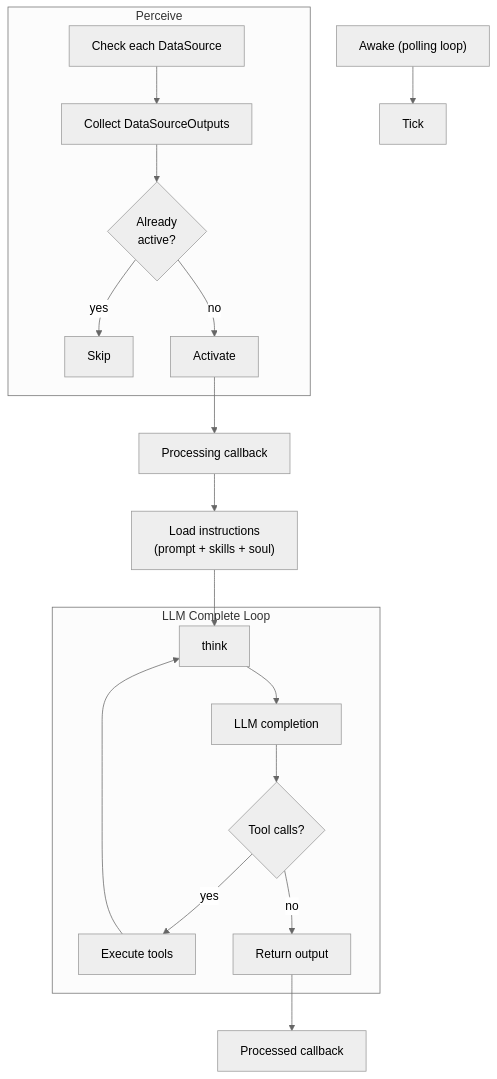
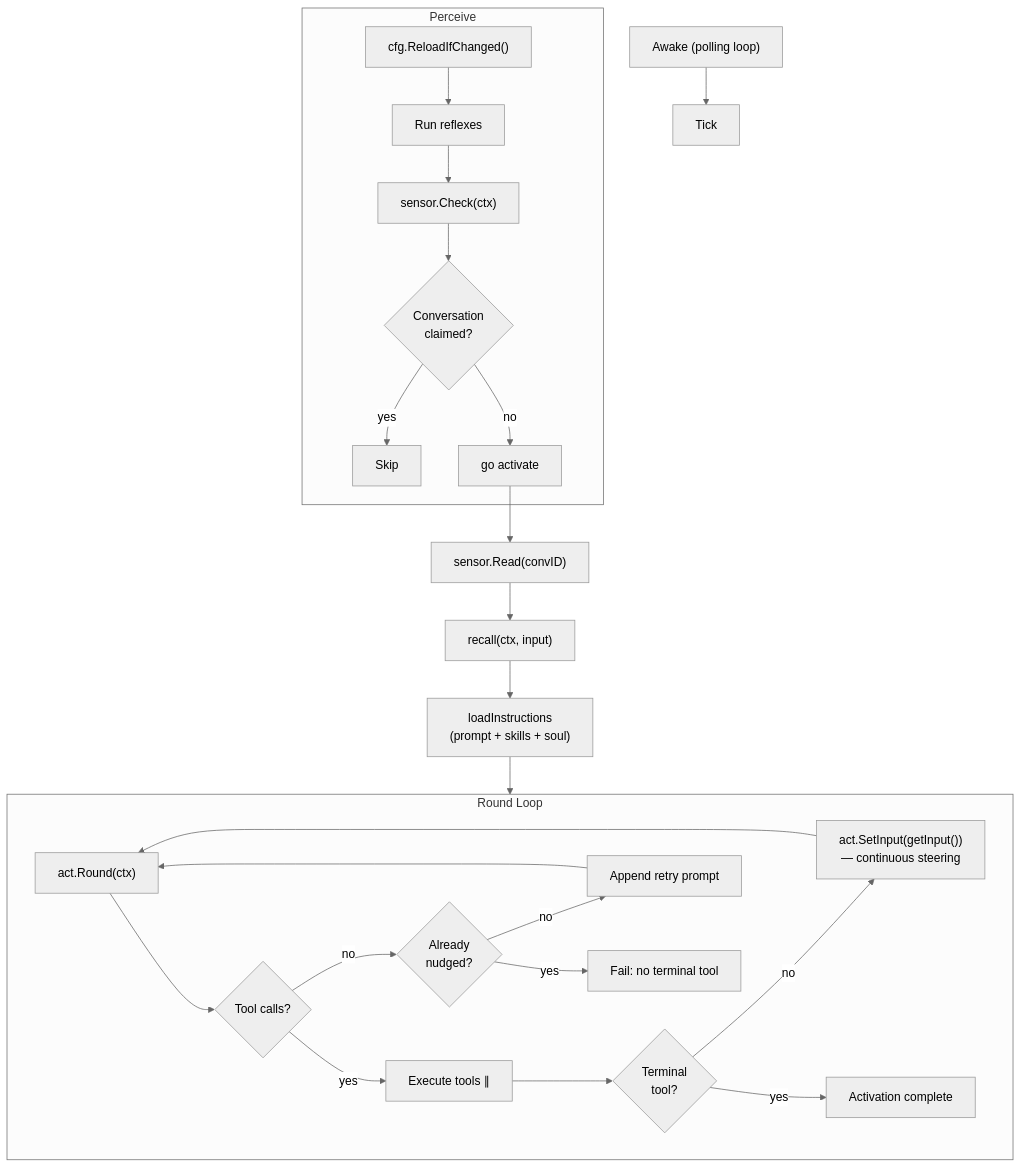
The first of 2 diagrams in README.md (kilianc/nik), drawn with Mermaid (neutral theme) before and after one commit. The commit also changed other lines of this file, not shown here.

First line of the commit message:
docs: revamp README to match current architecture

````diff
--- a/README.md
+++ b/README.md
@@ -39,25 +51,30 @@
 ```mermaid
 flowchart TD
     Awake["Awake (polling loop)"] --> Tick
 
     subgraph perceiveStep [Perceive]
-        CheckSources["Check each DataSource"] --> Outputs["Collect DataSourceOutputs"]
-        Outputs --> Dedup{"Already\nactive?"}
+        Reload["cfg.ReloadIfChanged()"] --> Reflexes["Run reflexes"]
+        Reflexes --> Check["sensor.Check(ctx)"]
+        Check --> Dedup{"Conversation\nclaimed?"}
         Dedup -- yes --> Skip[Skip]
-        Dedup -- no --> Activate["Activate"]
+        Dedup -- no --> Activate["go activate"]
     end
 
-    Activate --> Processing["Processing callback"]
-    Processing --> LoadPrompt["Load instructions\n(prompt + skills + soul)"]
-    LoadPrompt --> ThinkStep["think"]
+    Activate --> ReadTimeline["sensor.Read(convID)"]
+    ReadTimeline --> Recall["recall(ctx, input)"]
+    Recall --> LoadPrompt["loadInstructions\n(prompt + skills + soul)"]
+    LoadPrompt --> RoundLoop
 
-    subgraph completeLoop [LLM Complete Loop]
-        ThinkStep --> LLM["LLM completion"]
-        LLM --> ToolCalls{"Tool calls?"}
-        ToolCalls -- yes --> Exec["Execute tools"]
-        Exec --> ThinkStep
-        ToolCalls -- no --> Done["Return output"]
+    subgraph RoundLoop [Round Loop]
+        Round["act.Round(ctx)"] --> ToolCheck{"Tool calls?"}
+        ToolCheck -- yes --> Exec["Execute tools ∥"]
+        Exec --> Terminal{"Terminal\ntool?"}
+        Terminal -- no --> Steer["act.SetInput(getInput())\n— continuous steering"]
+        Steer --> Round
+        ToolCheck -- no --> Nudge{"Already\nnudged?"}
+        Nudge -- no --> SendNudge["Append retry prompt"]
+        SendNudge --> Round
+        Nudge -- yes --> Fail["Fail: no terminal tool"]
+        Terminal -- yes --> Done["Activation complete"]
     end
-
-    Done --> Processed["Processed callback"]
 ```
````
